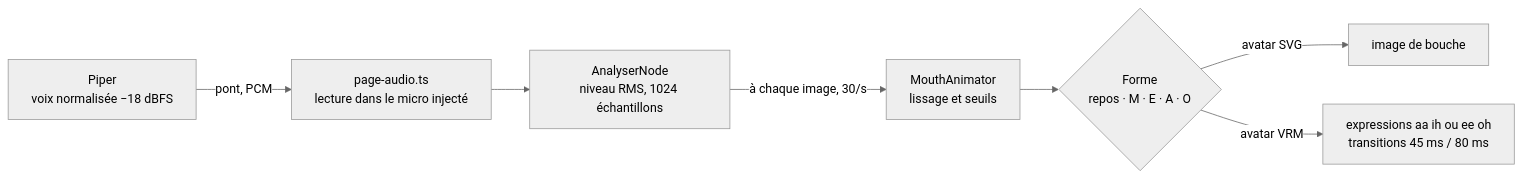
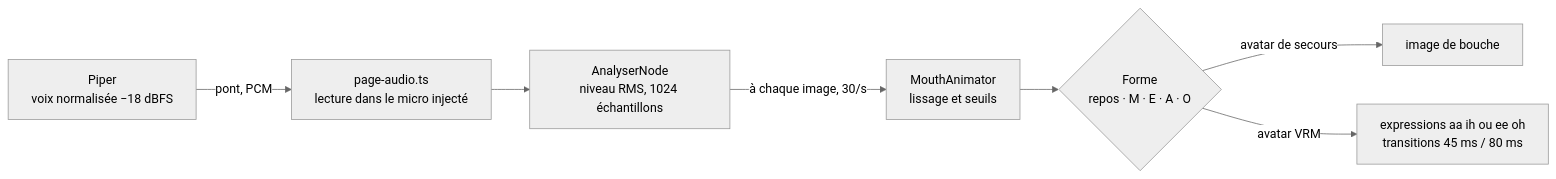
Before and after one commit to Donavan-projects/otherself: the second of 2 diagrams in docs/architecture.md, drawn with Mermaid (neutral theme). The commit also changed other lines of this file and 6 other files, not shown here.

Commit message:
3e : documentation (secours, procédure Chromium et régénération dans CLAUDE.md, configuration, architecture, crédits) et nouvelle capture du README (androïde, marquage « AI », voyant)

````diff
--- a/docs/architecture.md
+++ b/docs/architecture.md
@@ -141,9 +143,9 @@
 ```mermaid
 flowchart LR
   P["Piper<br/>voix normalisée −18 dBFS"] -->|"pont, PCM"| B["page-audio.ts<br/>lecture dans le micro injecté"]
   B --> A["AnalyserNode<br/>niveau RMS, 1024 échantillons"]
   A -->|"à chaque image, 30/s"| M["MouthAnimator<br/>lissage et seuils"]
   M --> F{"Forme<br/>repos · M · E · A · O"}
-  F -->|"avatar SVG"| S["image de bouche"]
+  F -->|"avatar de secours"| S["image de bouche"]
   F -->|"avatar VRM"| V["expressions aa ih ou ee oh<br/>transitions 45 ms / 80 ms"]
 ```
````
